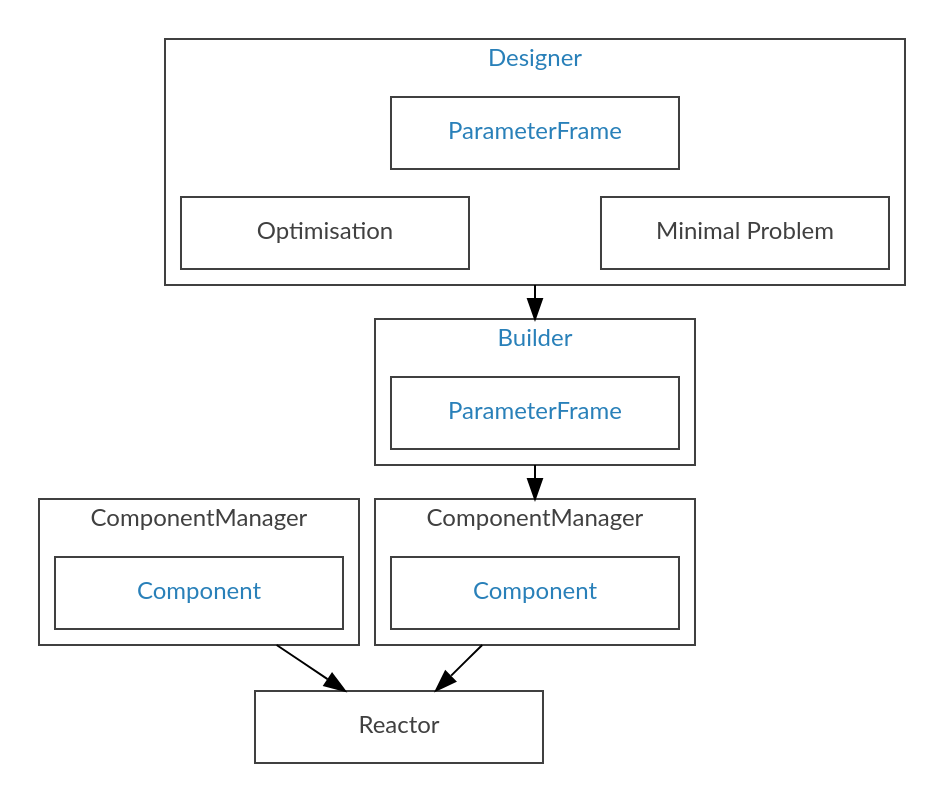
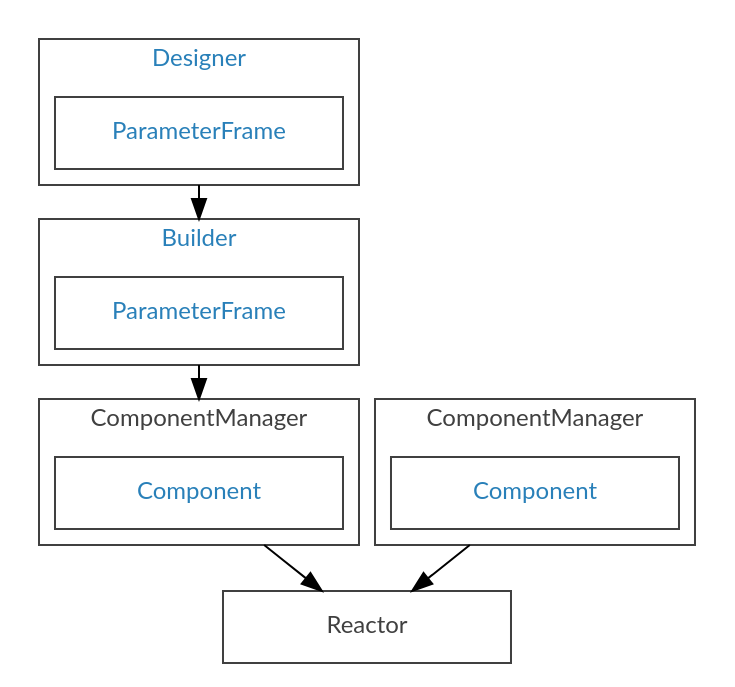
One commit to Fusion-Power-Plant-Framework/bluemira changed the diagram in documentation/source/base/design_build.dot. Above: the diagram before and after it, drawn with Graphviz.

Commit message:
🎨 simplify diagram

```diff
--- a/documentation/source/base/design_build.dot
+++ b/documentation/source/base/design_build.dot
@@ -1,96 +1,87 @@
 // Useful info
 // This graph is designed to be output as an interactive svg
 // fontname, fontcolor and pencolor were copied from the rtd sphinx theme
 // the 'ee' node is used to force alignment, it is set to be invisible
 // target can be modified as per w3 http specs
 
 digraph {
     compound=true;
     node [
         shape = box,
         width = 2,
         fontname="Lato,proxima-nova,Helvetica Neue,Arial,sans-serif",
         fontsize="12px",
         fontcolor="#404040",
         color="#404040"
     ]
     graph [
         splines = false,
         ranksep = 0.2,
         fontname="Lato,proxima-nova,Helvetica Neue,Arial,sans-serif",
         fontsize="12px",
         fontcolor="#404040",
         pencolor="#404040"
     ]
 
     subgraph cluster_0 {
         label="Designer";
         tooltip="Designer";
         href="../base/design_build.html"
         target="_parent"
         fontcolor="#2980b9"
-        { rank=same b c ee[group=g1, style=invis, width=0.01, tooltip="Designer"] }
         a[
             group=g1,
             label="ParameterFrame",
             tooltip="ParameterFrame",
             href="../base/parameter.html",
             target="_parent",
             fontcolor="#2980b9"
         ];
-        b[label="Optimisation", tooltip="Optimisation"];
-        c[label="Minimal Problem", tooltip="Minimal Problem"];
-
-        // Force alignment
-        edge[style=invis];
-        a -> {ee, b, c}
-        b -> c [minlen= 3]
-        ee ->c
     }
 
     subgraph cluster_1 {
         label="Builder";
         tooltip="Builder";
         href="../base/design_build.html"
         target="_parent"
         fontcolor="#2980b9"
         d[
             group=g1,
             label="ParameterFrame",
             tooltip="ParameterFrame",
             href="../base/parameter.html",
             target="_parent",
             fontcolor="#2980b9"
         ];
     }
     subgraph cluster_2 {
         label="ComponentManager";
         tooltip="ComponentManager"
         e[
             label="Component",
             tooltip="Component",
             href="../base/components.html",
             target="_parent",
             fontcolor="#2980b9"
         ]
 
     }
     subgraph cluster_3 {
         label="ComponentManager";
         tooltip="ComponentManager"
         f[
             label="Component",
             tooltip="Component",
             href="../base/components.html",
             target="_parent",
             fontcolor="#2980b9"
         ]
 
     }
-    ee -> d [group=g1, ltail=cluster_0, lhead=cluster_1, minlen=2];
+    a -> d [group=g1, ltail=cluster_0, lhead=cluster_1, minlen=2];
     d -> e [ltail=cluster_1, lhead=cluster_2, minlen=2];
     e -> reac [ltail=cluster_2, minlen=2];
     f -> reac [ltail=cluster_3, minlen=2];
 
     reac[label="Reactor", tooltip="Reactor"]
 }
```
